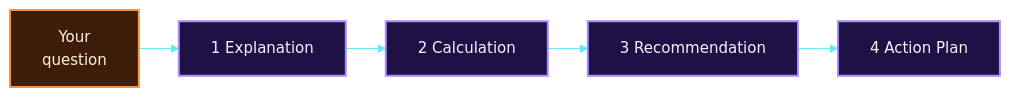
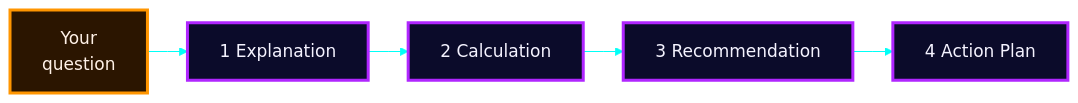
One commit to Mansi232323/MANSHORA changed diagram 13 of 17 in README.md. Above: the diagram before and after it, drawn with Mermaid. The commit also changed other lines of this file, not shown here.

````diff
--- a/README.md
+++ b/README.md
@@ -475,9 +528,9 @@
 ```mermaid
-%%{init: {'theme':'base','themeVariables':{'fontSize':'15px','fontFamily':'Arial, Helvetica, sans-serif','primaryColor':'#1e1145','primaryTextColor':'#f5f3ff','primaryBorderColor':'#a78bfa','lineColor':'#67e8f9','textColor':'#f5f3ff','edgeLabelBackground':'#1e1145'},'flowchart':{'htmlLabels':true,'nodeSpacing':30,'rankSpacing':40,'padding':16,'curve':'linear'}}}%%
+%%{init: {'theme':'base','themeVariables':{'fontSize':'17px','fontFamily':'Arial, Helvetica, sans-serif','primaryColor':'#0b0b2a','primaryTextColor':'#f5f3ff','primaryBorderColor':'#b026ff','lineColor':'#00fff7','textColor':'#f5f3ff','edgeLabelBackground':'#0b0b2a'},'flowchart':{'htmlLabels':true,'nodeSpacing':30,'rankSpacing':40,'padding':16,'curve':'linear'}}}%%
 flowchart LR
     Q["Your<br/>question"] --> E["1 Explanation"] --> C["2 Calculation"] --> R["3 Recommendation"] --> A["4 Action Plan"]
-    classDef a fill:#1e1145,stroke:#a78bfa,stroke-width:2px,color:#f5f3ff
-    classDef q fill:#3d1d08,stroke:#fb923c,stroke-width:2px,color:#fff1e6
+    classDef a fill:#0b0b2a,stroke:#b026ff,stroke-width:3px,color:#f5f3ff
+    classDef q fill:#2b1500,stroke:#ff9500,stroke-width:3px,color:#fff1e6
     class E,C,R,A a
     class Q q
 ```
````
